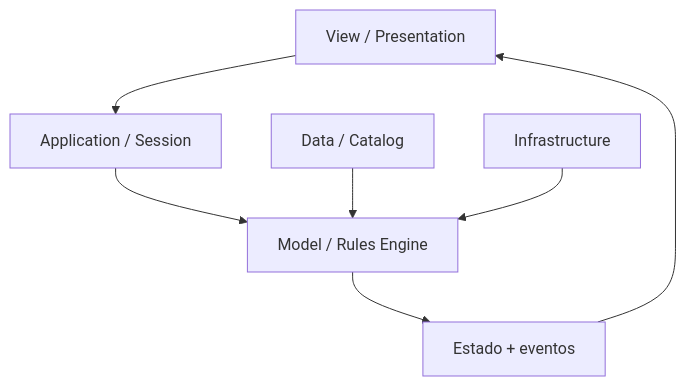
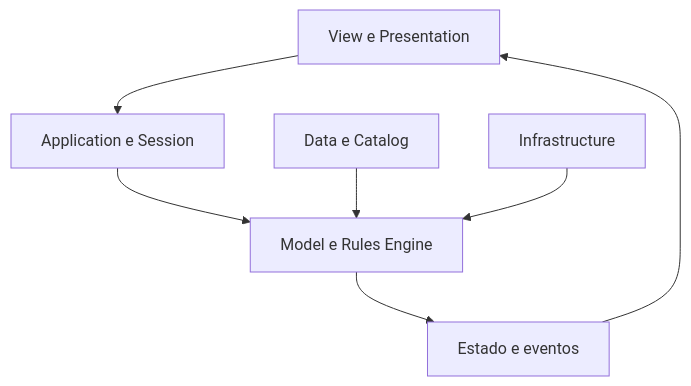
The diagram in README.md (Vanleef/Hemsfell-Heroes), drawn with Mermaid before and after one commit. The commit also changed 1 other file, not shown here.

Commit message:
fix(docs): make Mermaid diagrams GitHub-safe

````diff
--- a/README.md
+++ b/README.md
@@ -192,9 +192,9 @@
 ```mermaid
-flowchart TD
-    View[View / Presentation] --> App[Application / Session]
-    App --> Rules[Model / Rules Engine]
-    Catalog[Data / Catalog] --> Rules
-    Infra[Infrastructure] --> Rules
-    Rules --> Result[Estado + eventos]
-    Result --> View
+flowchart TB
+    viewLayer["View e Presentation"] --> appLayer["Application e Session"]
+    appLayer --> rulesLayer["Model e Rules Engine"]
+    catalogLayer["Data e Catalog"] --> rulesLayer
+    infraLayer["Infrastructure"] --> rulesLayer
+    rulesLayer --> resultState["Estado e eventos"]
+    resultState --> viewLayer
 ```
````
